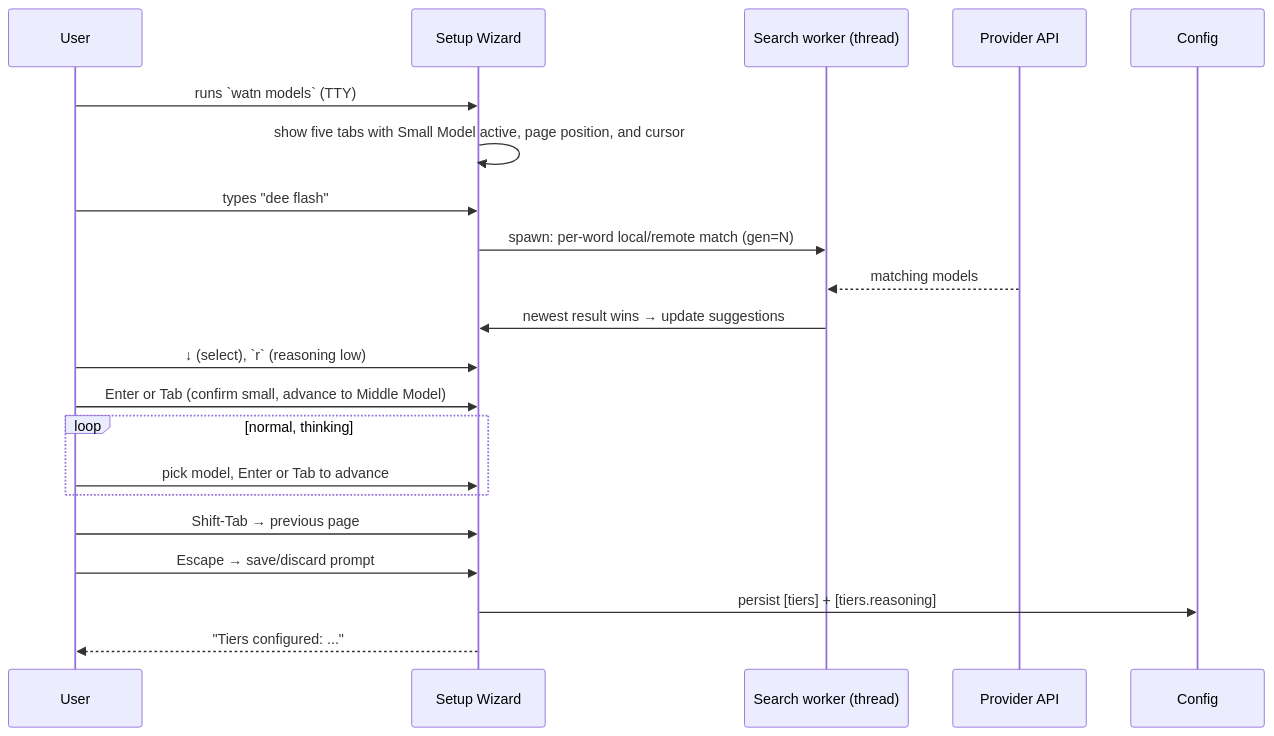
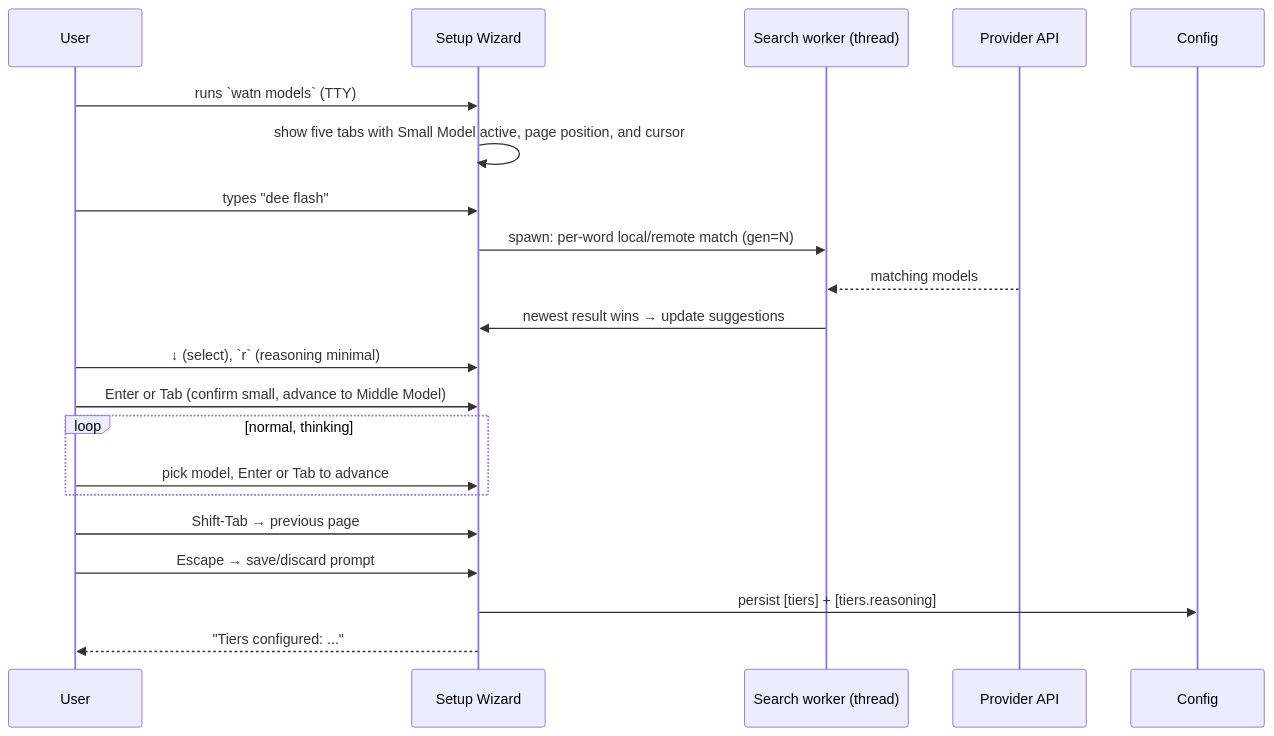
One commit to buster/watn changed the fifth of 13 diagrams in docs/arc42/06-runtime-view.md. Above: the diagram before and after it, drawn with Mermaid. The commit also changed other lines of this file and 35 other files, not shown here.

````diff
--- a/docs/arc42/06-runtime-view.md
+++ b/docs/arc42/06-runtime-view.md
@@ -187,24 +187,24 @@
 ```mermaid
 sequenceDiagram
     participant User as User
     participant Dialog as Setup Wizard
     participant Worker as Search worker (thread)
     participant API as Provider API
     participant Config as Config
 
     User->>Dialog: runs `watn models` (TTY)
     Dialog->>Dialog: show five tabs with Small Model active, page position, and cursor
     User->>Dialog: types "dee flash"
     Dialog->>Worker: spawn: per-word local/remote match (gen=N)
     API-->>Worker: matching models
     Worker->>Dialog: newest result wins → update suggestions
-    User->>Dialog: ↓ (select), `r` (reasoning low)
+    User->>Dialog: ↓ (select), `r` (reasoning minimal)
     User->>Dialog: Enter or Tab (confirm small, advance to Middle Model)
     loop normal, thinking
         User->>Dialog: pick model, Enter or Tab to advance
     end
     User->>Dialog: Shift-Tab → previous page
     User->>Dialog: Escape → save/discard prompt
     Dialog->>Config: persist [tiers] + [tiers.reasoning]
     Dialog-->>User: "Tiers configured: ..."
 ```
````
